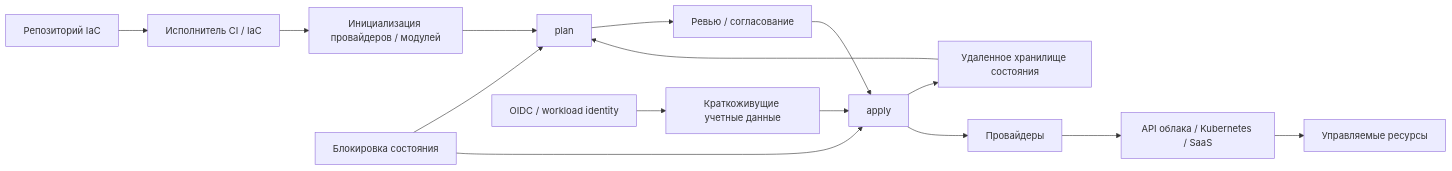
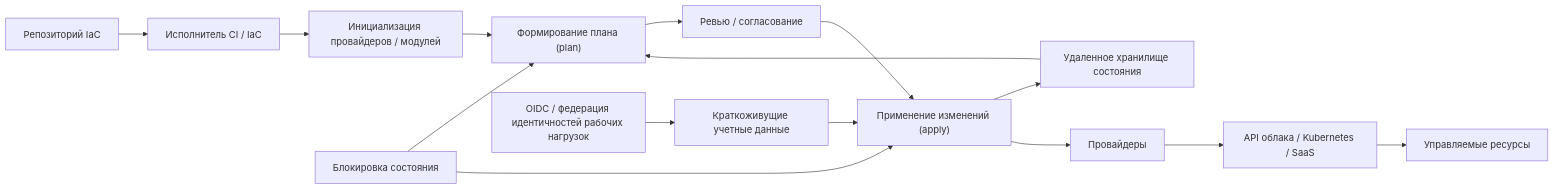
Diagram 14 of 17 in reference/infrastructure-technologies/infrastructure-technologies.ru.md (defrixx/defrixx.github.io), drawn with Mermaid before and after one commit. The commit also changed other lines of this file and 149 other files, not shown here.

````diff
--- a/reference/infrastructure-technologies/infrastructure-technologies.ru.md
+++ b/reference/infrastructure-technologies/infrastructure-technologies.ru.md
@@ -864,19 +1065,19 @@
 ```mermaid
 flowchart LR
   Repo["Репозиторий IaC"] --> CI["Исполнитель CI / IaC"]
   CI --> Init["Инициализация провайдеров / модулей"]
-  Init --> Plan["plan"]
+  Init --> Plan["Формирование плана (plan)"]
   Plan --> Approval["Ревью / согласование"]
-  Approval --> Apply["apply"]
+  Approval --> Apply["Применение изменений (apply)"]
 
   State["Удаленное хранилище состояния"] --> Plan
   Apply --> State
   Lock["Блокировка состояния"] --> Plan
   Lock --> Apply
 
-  OIDC["OIDC / workload identity"] --> Creds["Краткоживущие учетные данные"]
+  OIDC["OIDC / федерация идентичностей рабочих нагрузок"] --> Creds["Краткоживущие учетные данные"]
   Creds --> Apply
   Apply --> Providers["Провайдеры"]
   Providers --> Cloud["API облака / Kubernetes / SaaS"]
   Cloud --> Resources["Управляемые ресурсы"]
 ```
````
